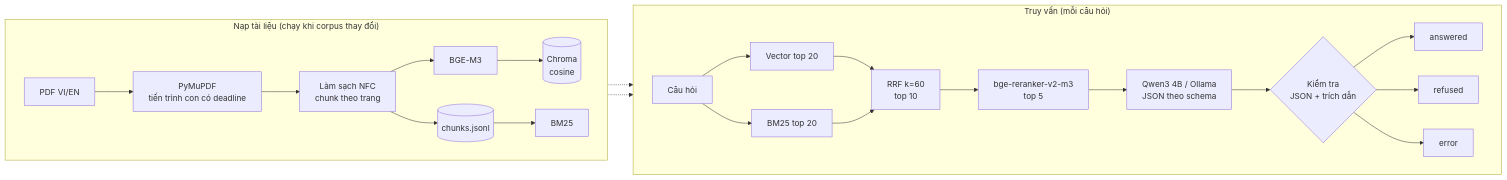
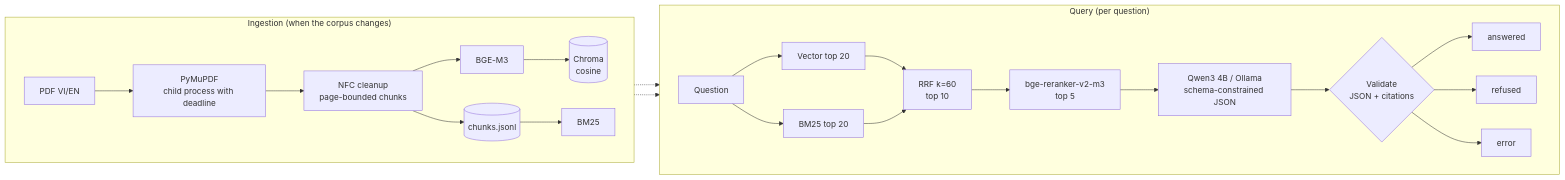
One commit to lehunghieu1503/onprem-rag-assistant changed the diagram in README.md. Above: the diagram before and after it, drawn with Mermaid. The commit also changed other lines of this file, not shown here.

````diff
--- a/README.md
+++ b/README.md
@@ -35,29 +35,29 @@
 ```mermaid
 flowchart LR
-    subgraph Ingest["Nạp tài liệu (chạy khi corpus thay đổi)"]
+    subgraph Ingest["Ingestion (when the corpus changes)"]
         direction LR
-        PDF[PDF VI/EN] --> EX[PyMuPDF<br/>tiến trình con có deadline]
-        EX --> CL[Làm sạch NFC<br/>chunk theo trang]
+        PDF[PDF VI/EN] --> EX[PyMuPDF<br/>child process with deadline]
+        EX --> CL[NFC cleanup<br/>page-bounded chunks]
         CL --> EMB[BGE-M3]
         EMB --> CH[(Chroma<br/>cosine)]
         CL --> JS[(chunks.jsonl)]
         JS --> BM[BM25]
     end
 
-    subgraph Query["Truy vấn (mỗi câu hỏi)"]
+    subgraph Query["Query (per question)"]
         direction LR
-        Q[Câu hỏi] --> V[Vector top 20]
+        Q[Question] --> V[Vector top 20]
         Q --> K[BM25 top 20]
         V --> RRF[RRF k=60<br/>top 10]
         K --> RRF
         RRF --> RR[bge-reranker-v2-m3<br/>top 5]
-        RR --> LLM[Qwen3 4B / Ollama<br/>JSON theo schema]
-        LLM --> VAL{Kiểm tra<br/>JSON + trích dẫn}
+        RR --> LLM[Qwen3 4B / Ollama<br/>schema-constrained JSON]
+        LLM --> VAL{Validate<br/>JSON + citations}
         VAL --> A[answered]
         VAL --> R[refused]
         VAL --> E[error]
     end
 
     CH -.-> V
     BM -.-> K
 ```
````
